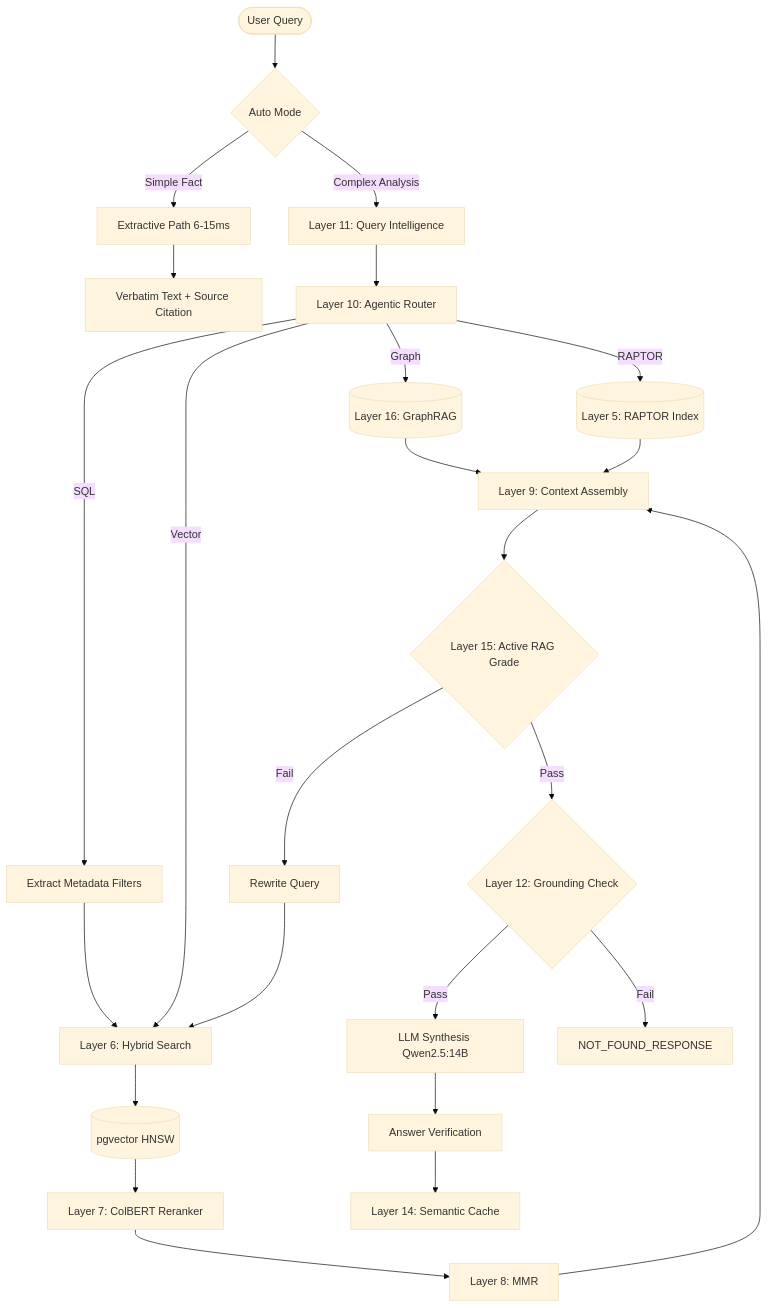
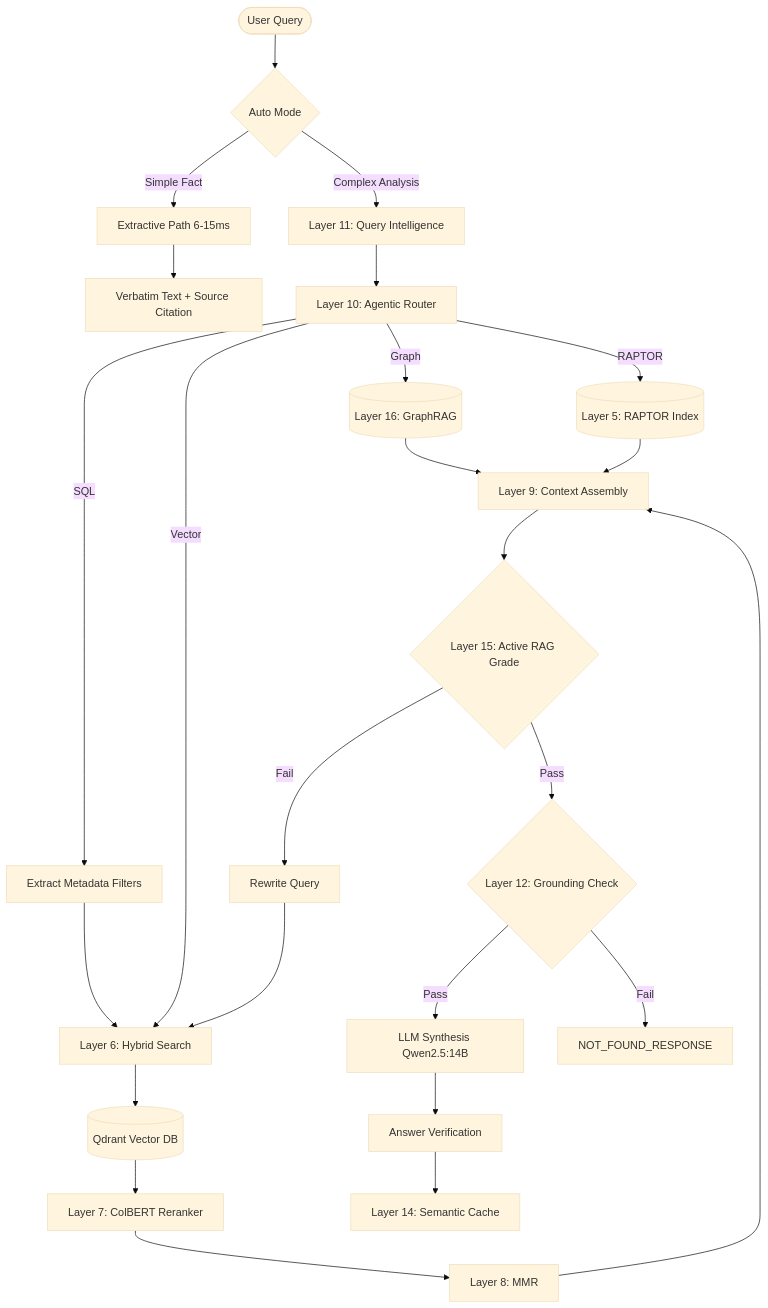
The diagram in README.md (varunsrivastav1999/Retrieval-Augmented-Generation--RAG-), drawn with Mermaid (base theme) before and after one commit. The commit also changed other lines of this file, not shown here.

Commit message:
Update README to reflect Qdrant architecture and VRAM stabilization

````diff
--- a/README.md
+++ b/README.md
@@ -42,35 +43,35 @@
 ```mermaid
 graph TD
     User([User Query]) --> Auto{Auto Mode}
     Auto -- Simple Fact --> Ext[Extractive Path 6-15ms]
     Auto -- Complex Analysis --> QIntel[Layer 11: Query Intelligence]
     Ext --> Verbatim[Verbatim Text + Source Citation]
 
     QIntel --> Router[Layer 10: Agentic Router]
     
     Router -- Graph --> Neo4j[(Layer 16: GraphRAG)]
     Neo4j --> ContextAssemble[Layer 9: Context Assembly]
     
     Router -- RAPTOR --> RaptorDB[(Layer 5: RAPTOR Index)]
     RaptorDB --> ContextAssemble
     
     Router -- SQL --> ExtMeta[Extract Metadata Filters]
     ExtMeta --> Hybrid[Layer 6: Hybrid Search]
     
     Router -- Vector --> Hybrid
-    Hybrid --> PGV[(pgvector HNSW)]
-    PGV --> Reranker[Layer 7: ColBERT Reranker]
+    Hybrid --> Qdrant[(Qdrant Vector DB)]
+    Qdrant --> Reranker[Layer 7: ColBERT Reranker]
     Reranker --> MMR[Layer 8: MMR]
     MMR --> ContextAssemble
     
     ContextAssemble --> Grade{Layer 15: Active RAG Grade}
     Grade -- Pass --> Grounding{Layer 12: Grounding Check}
     Grade -- Fail --> Rewrite[Rewrite Query]
     Rewrite --> Hybrid
     
     Grounding -- Pass --> LLM[LLM Synthesis Qwen2.5:14B]
     Grounding -- Fail --> HALT[NOT_FOUND_RESPONSE]
     
     LLM --> Verify[Answer Verification]
     Verify --> Cache[Layer 14: Semantic Cache]
 ```
````
